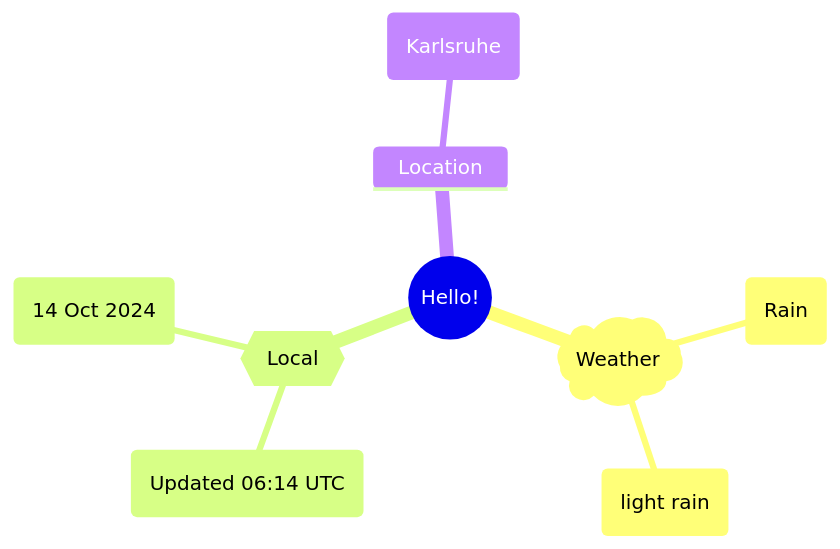
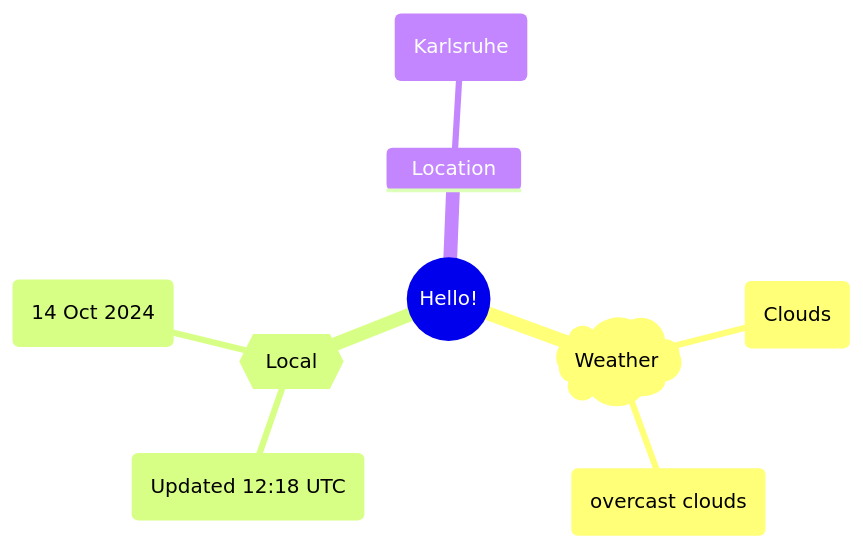
The first of 2 diagrams in README.md (Xosrov/Xosrov), drawn with Mermaid before and after one commit.

Commit message:
[bot] updated images

````diff
--- a/README.md
+++ b/README.md
@@ -3,12 +3,12 @@
 ```mermaid
 mindmap
   root((Hello!))
     )Weather(
-        (Rain)
-        (light rain)
+        (Clouds)
+        (overcast clouds)
     {{Local}}
-        (Updated 06:14 UTC)
+        (Updated 12:18 UTC)
         (14 Oct 2024)
     Location
         (Karlsruhe)
 ```
````
